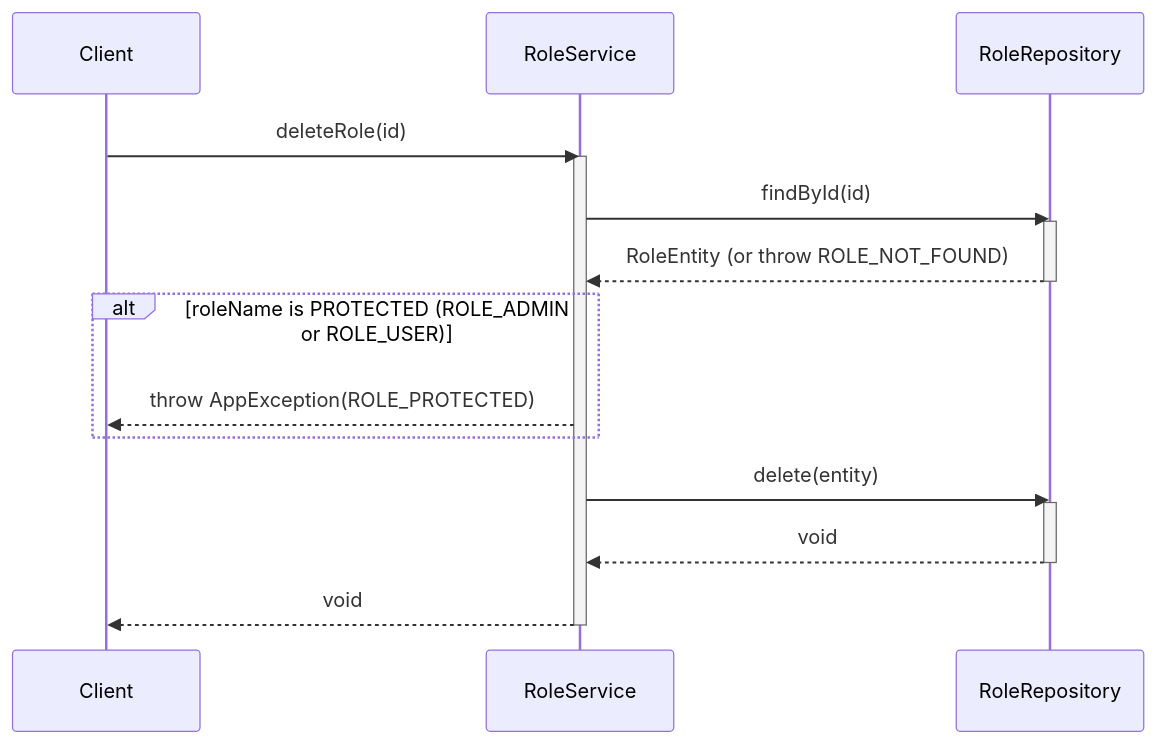
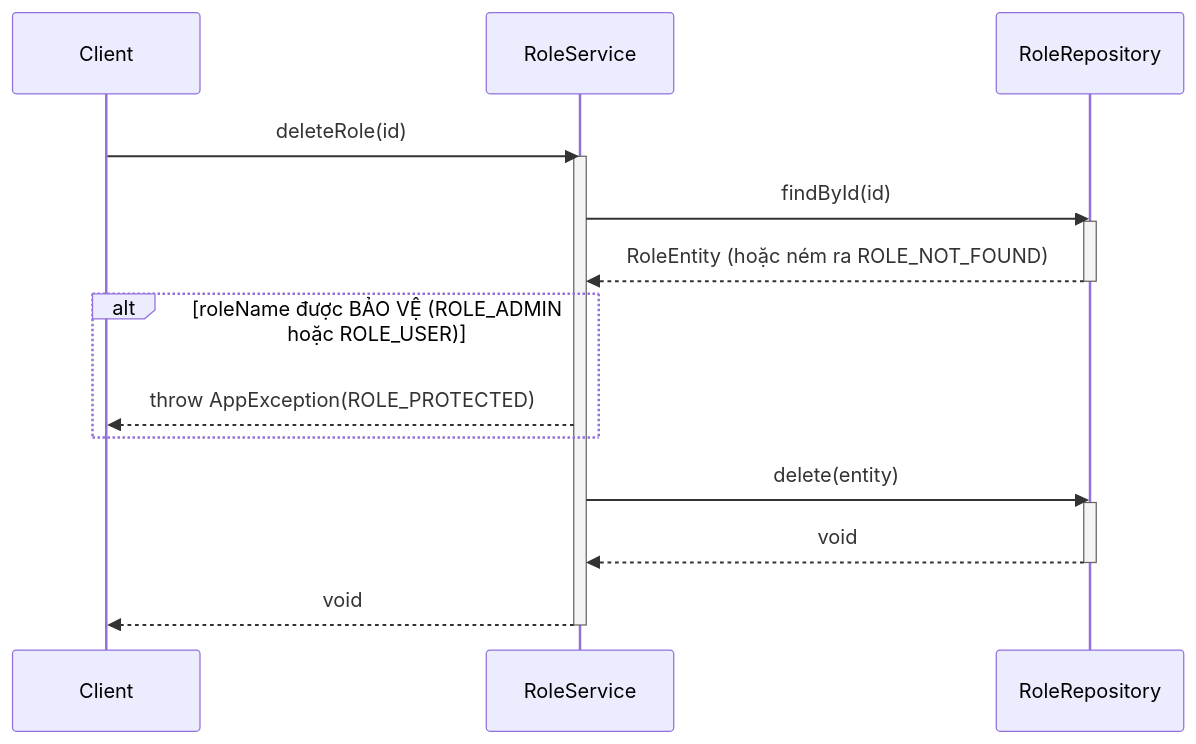
The ninth of 9 diagrams in .agent/sequence/rbac_services_sequence_diagrams.md (aquoc09/easymall), drawn with Mermaid before and after one commit. The commit also changed other lines of this file and 18 other files, not shown here.

Commit message:
UPDATE: Sequence diagram vietnamese

````diff
--- a/.agent/sequence/rbac_services_sequence_diagrams.md
+++ b/.agent/sequence/rbac_services_sequence_diagrams.md
@@ -252,26 +252,26 @@
 ```mermaid
 sequenceDiagram
     participant Client
     participant RoleService
     participant RoleRepository
 
     Client->>RoleService: deleteRole(id)
     activate RoleService
 
     RoleService->>RoleRepository: findById(id)
     activate RoleRepository
-    RoleRepository-->>RoleService: RoleEntity (or throw ROLE_NOT_FOUND)
+    RoleRepository-->>RoleService: RoleEntity (hoặc ném ra ROLE_NOT_FOUND)
     deactivate RoleRepository
 
-    alt roleName is PROTECTED (ROLE_ADMIN or ROLE_USER)
+    alt roleName được BẢO VỆ (ROLE_ADMIN hoặc ROLE_USER)
         RoleService-->>Client: throw AppException(ROLE_PROTECTED)
     end
 
     RoleService->>RoleRepository: delete(entity)
     activate RoleRepository
     RoleRepository-->>RoleService: void
     deactivate RoleRepository
 
     RoleService-->>Client: void
     deactivate RoleService
 ```
````
